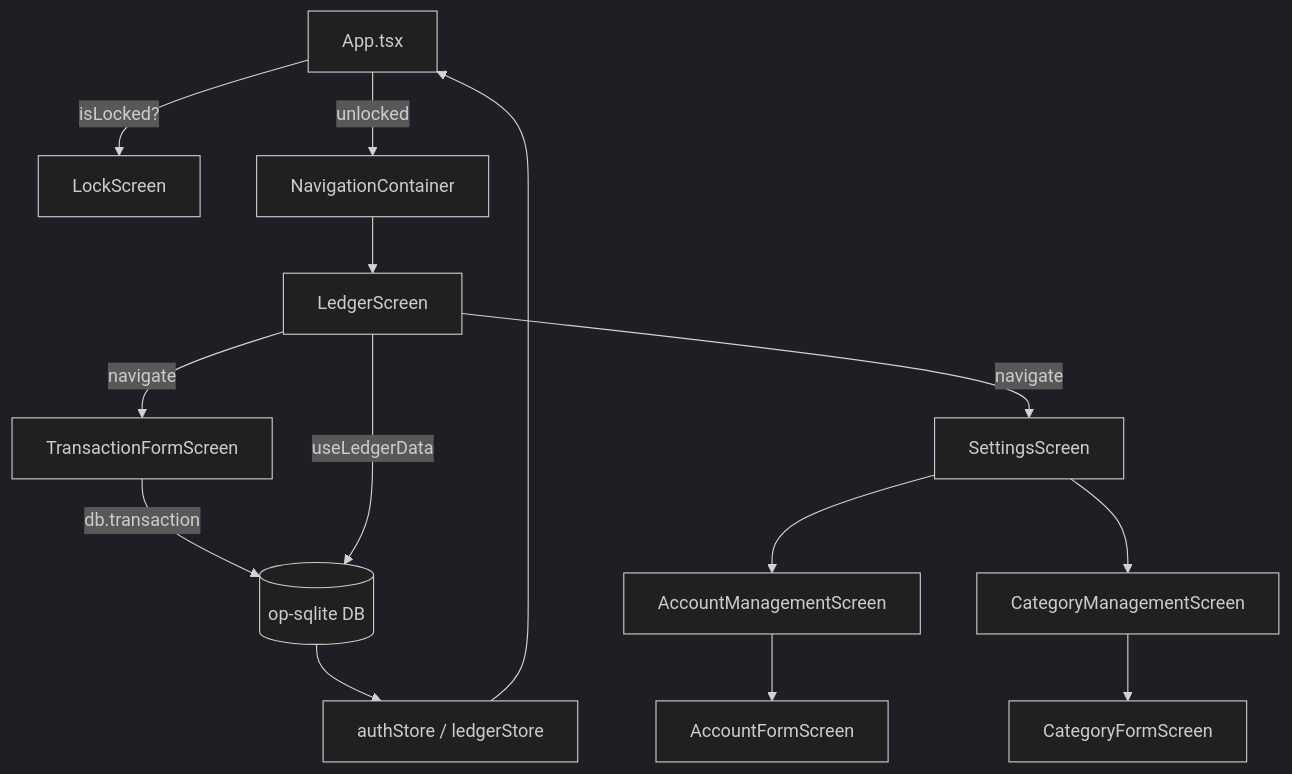
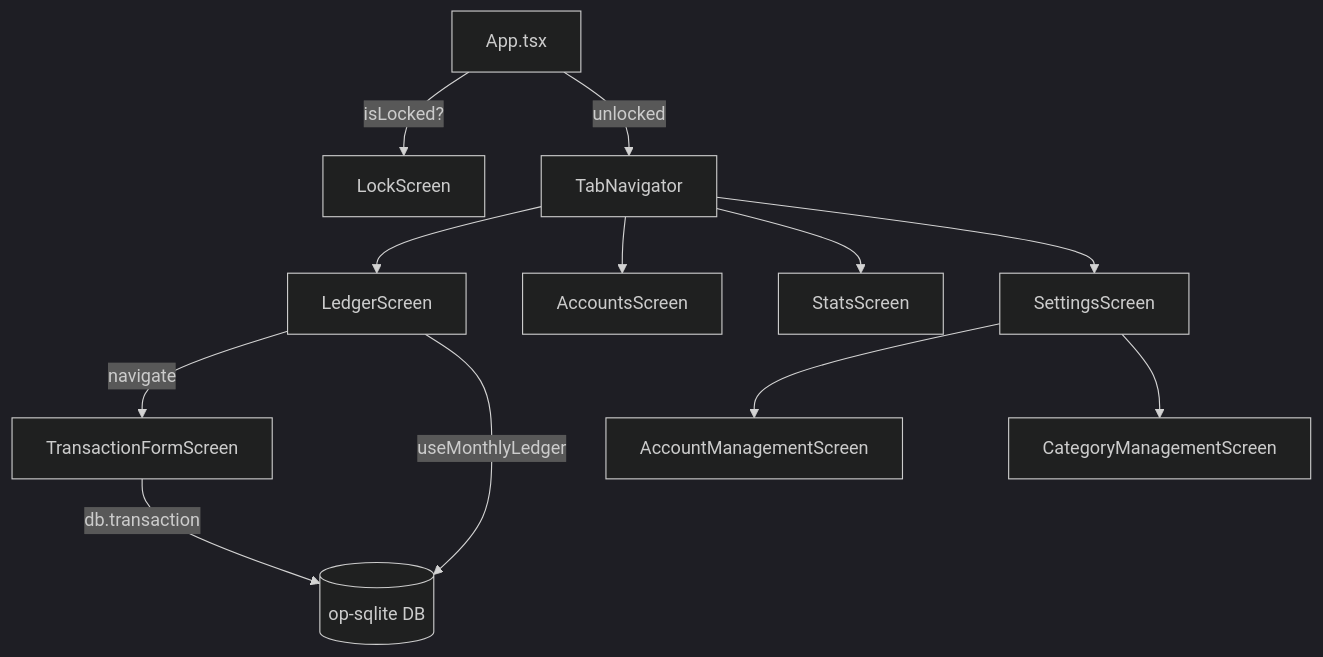
The diagram in docs/architecture.md (i-endran/money_manager), drawn with Mermaid (dark theme) before and after one commit. The commit also changed other lines of this file and 2 other files, not shown here.

Commit message:
docs: Rebrand project to Pocket Log and update architecture/task plan

````diff
--- a/docs/architecture.md
+++ b/docs/architecture.md
@@ -186,17 +134,16 @@
 ```mermaid
 flowchart TD
     A[App.tsx] -->|isLocked?| B[LockScreen]
-    A -->|unlocked| C[NavigationContainer]
+    A -->|unlocked| C[TabNavigator]
     C --> D[LedgerScreen]
+    C --> G[AccountsScreen]
+    C --> H[StatsScreen]
+    C --> I[SettingsScreen]
+    
     D -->|navigate| E[TransactionFormScreen]
-    D -->|navigate| F[SettingsScreen]
-    F --> G[AccountManagementScreen]
-    F --> H[CategoryManagementScreen]
-    G --> I[AccountFormScreen]
-    H --> J[CategoryFormScreen]
+    I --> J[AccountManagementScreen]
+    I --> K[CategoryManagementScreen]
 
-    E -->|db.transaction| K[(op-sqlite DB)]
-    D -->|useLedgerData| K
-    K --> L[authStore / ledgerStore]
-    L --> A
+    E -->|db.transaction| L[(op-sqlite DB)]
+    D -->|useMonthlyLedger| L
 ```
````
